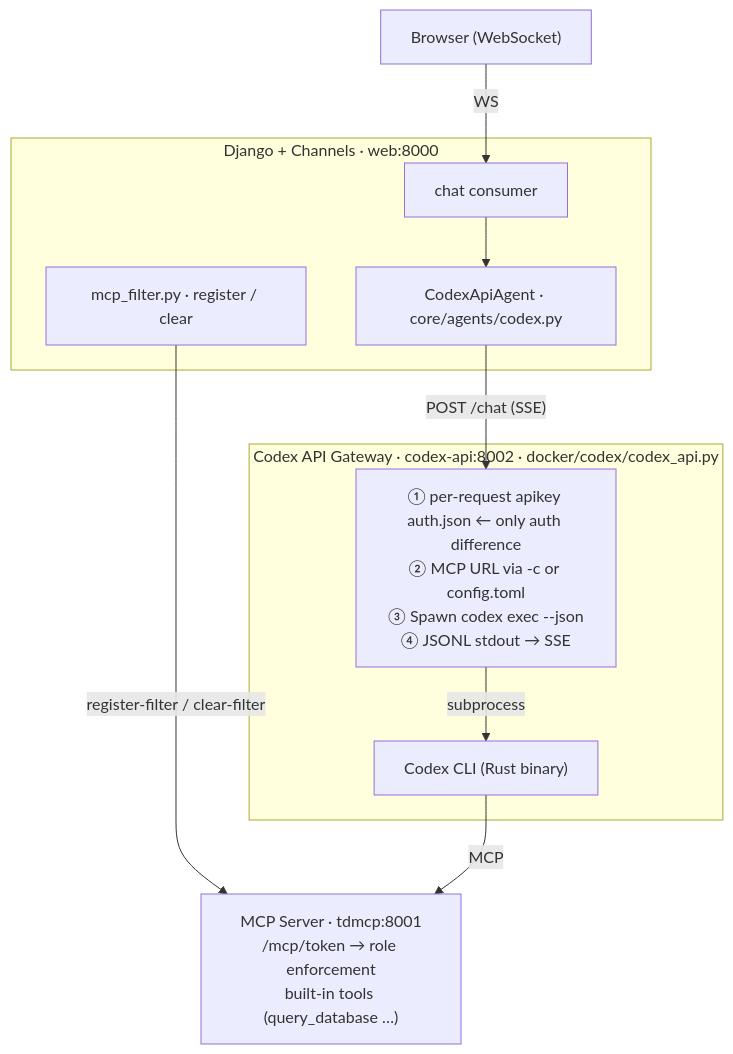
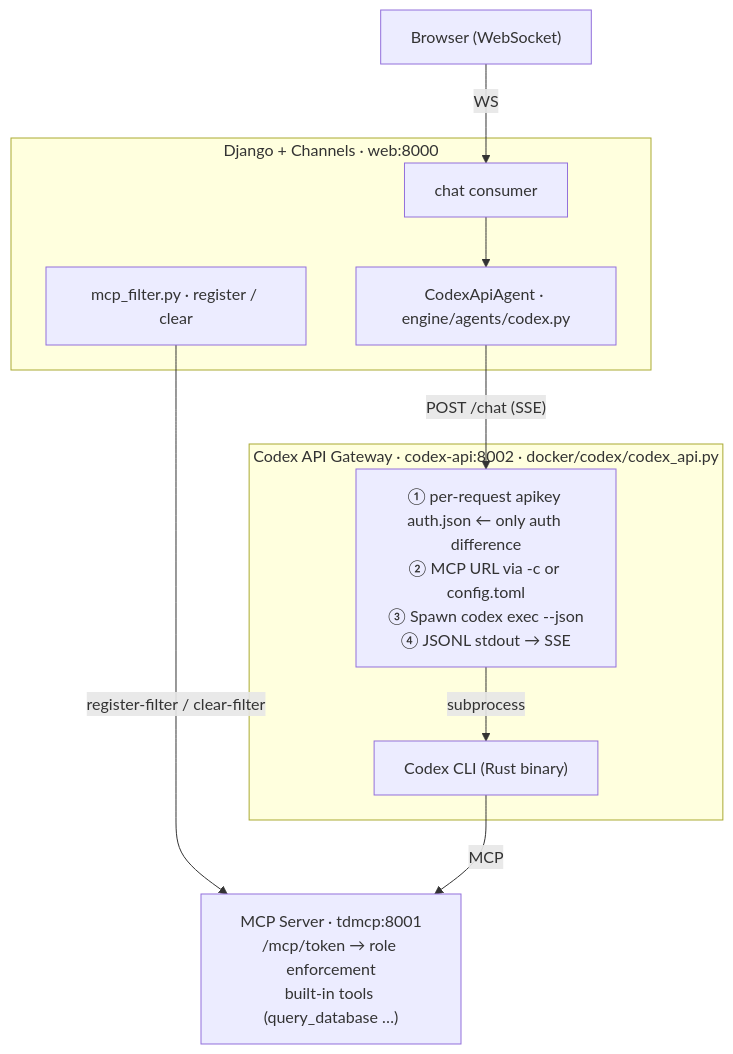
One commit to mpospirit-apps/TetherDust changed the diagram in documentations/TetherDust Documentation/3. Agent Integrations/3. CLI Tool with API Key.md. Above: the diagram before and after it, drawn with Mermaid. The commit also changed other lines of this file and 341 other files, not shown here.

Commit message:
chore: rename Django apps (core -> engine, portal -> workspace, console -> management)

````diff
--- a/documentations/TetherDust Documentation/3. Agent Integrations/3. CLI Tool with API Key.md
+++ b/documentations/TetherDust Documentation/3. Agent Integrations/3. CLI Tool with API Key.md
@@ -45,24 +45,24 @@
 ```mermaid
 flowchart TD
     Browser["Browser (WebSocket)"]
 
     subgraph web["Django + Channels · web:8000"]
         Consumer["chat consumer"]
-        Agent["CodexApiAgent · core/agents/codex.py"]
+        Agent["CodexApiAgent · engine/agents/codex.py"]
         Filter["mcp_filter.py · register / clear"]
     end
 
     subgraph codex_api_gw["Codex API Gateway · codex-api:8002 · docker/codex/codex_api.py"]
         GW["① per-request apikey auth.json ← only auth difference<br/>② MCP URL via -c or config.toml<br/>③ Spawn codex exec --json<br/>④ JSONL stdout → SSE"]
         CLI["Codex CLI (Rust binary)"]
         GW -->|subprocess| CLI
     end
 
     MCP["MCP Server · tdmcp:8001<br/>/mcp/token → role enforcement<br/>built-in tools (query_database …)"]
 
     Browser -->|WS| Consumer
     Consumer --> Agent
     Agent -->|"POST /chat (SSE)"| GW
     Filter -->|"register-filter / clear-filter"| MCP
     CLI -->|MCP| MCP
 ```
````
